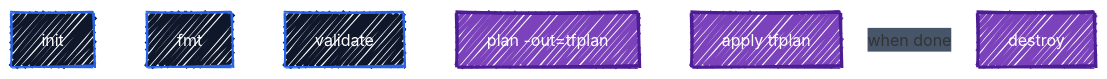
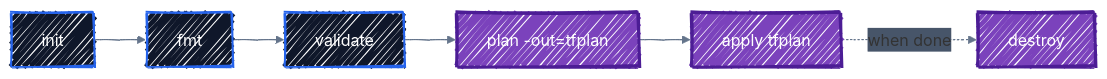
One commit to r97221004/terraform-tutorial changed the diagram in docs/appendix/cheatsheet.md. Above: the diagram before and after it, drawn with Mermaid. The commit also changed 32 other files, not shown here.

Commit message:
docs: use a mid-gray mermaid line color visible in light and dark mode

````diff
--- a/docs/appendix/cheatsheet.md
+++ b/docs/appendix/cheatsheet.md
@@ -11,21 +11,21 @@
 ```mermaid
 ---
 config:
   look: handDrawn
   theme: default
   themeVariables:
     fontFamily: '"Comic Sans MS", "Comic Sans", "Segoe Print", "Bradley Hand", cursive'
-    lineColor: '#FFFFFF'
+    lineColor: '#64748B'
     edgeLabelBackground: '#475569'
   themeCSS: |
     .edgeLabel, .edgeLabel p, .edgeLabel span { color: #FFFFFF !important; }
 ---
 flowchart LR
     init["init"] --> fmt["fmt"] --> validate["validate"] --> plan["plan -out=tfplan"] --> apply["apply tfplan"]
     apply -.->|"when done"| destroy["destroy"]
 
     classDef ctrl fill:#0F172A,stroke:#2563EB,stroke-width:2px,color:#FFFFFF
     classDef eng fill:#7B42BC,stroke:#4C1D95,stroke-width:3px,color:#FFFFFF
     class init,fmt,validate ctrl
     class plan,apply,destroy eng
 ```
````
